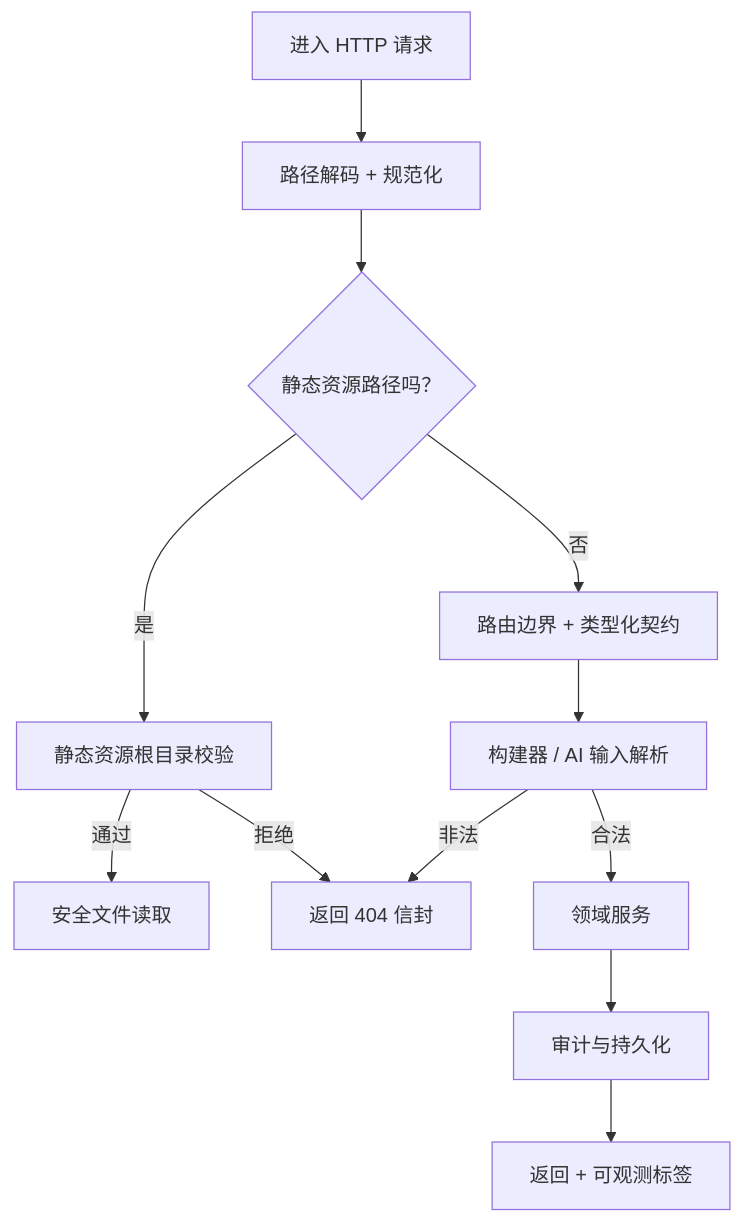
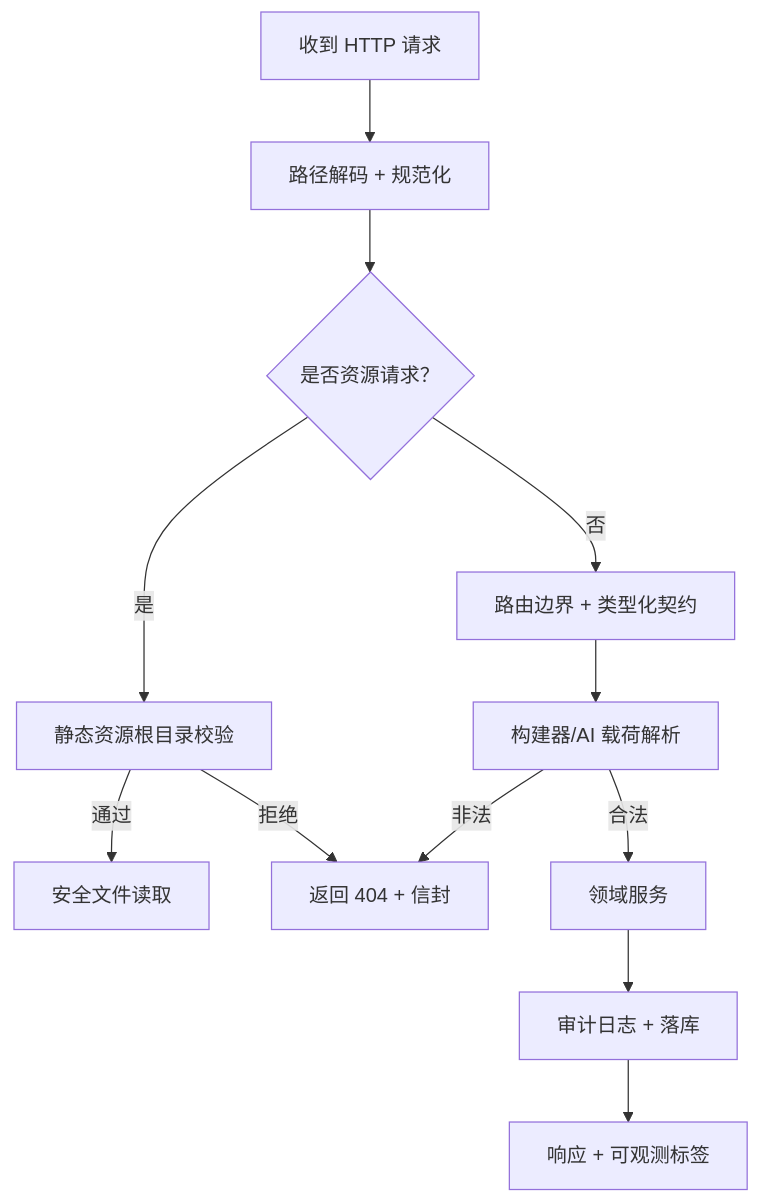
Before and after one commit to d4551/tea: diagram 16 of 16 in README.md, drawn with Mermaid. The commit also changed other lines of this file and 2 other files, not shown here.

````diff
--- a/README.md
+++ b/README.md
@@ -618,14 +748,14 @@
 ```mermaid
 flowchart TD
-  S0[进入 HTTP 请求] --> S1[路径解码 + 规范化]
-  S1 --> S2{静态资源路径吗？}
+  S0[收到 HTTP 请求] --> S1[路径解码 + 规范化]
+  S1 --> S2{是否资源请求？}
   S2 -->|是| S3[静态资源根目录校验]
   S2 -->|否| S4[路由边界 + 类型化契约]
   S3 -->|通过| S5[安全文件读取]
-  S3 -->|拒绝| S6[返回 404 信封]
-  S4 --> S7[构建器 / AI 输入解析]
+  S3 -->|拒绝| S6[返回 404 + 信封]
+  S4 --> S7[构建器/AI 载荷解析]
   S7 -->|非法| S6
   S7 -->|合法| S8[领域服务]
-  S8 --> S9[审计与持久化]
-  S9 --> S10[返回 + 可观测标签]
+  S8 --> S9[审计日志 + 落库]
+  S9 --> S10[响应 + 可观测标签]
 ```
````
